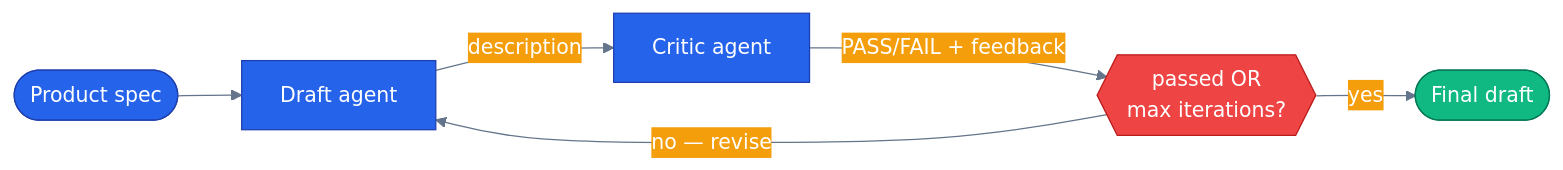
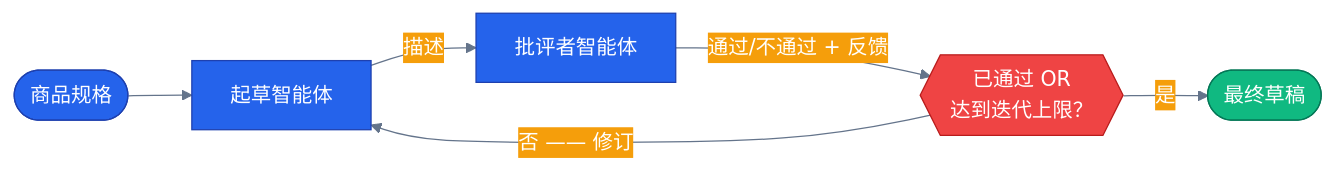
The diagram in tutorials/28-reflection-and-critique/README.md (s1encisi/reliable-commerce-agents), drawn with Mermaid before and after one commit. The commit also changed other lines of this file and 1033 other files, not shown here.

````diff
--- a/tutorials/28-reflection-and-critique/README.md
+++ b/tutorials/28-reflection-and-critique/README.md
@@ -59,28 +27,28 @@
 ```mermaid
 %%{init: {'theme':'base', 'themeVariables': {
   'primaryColor': '#2563eb','primaryTextColor': '#ffffff','primaryBorderColor': '#1e40af',
   'lineColor': '#64748b','secondaryColor': '#f59e0b','tertiaryColor': '#10b981',
   'background': 'transparent'}}}%%
 flowchart LR
   classDef core     fill:#2563eb,stroke:#1e40af,color:#ffffff
   classDef external fill:#f59e0b,stroke:#b45309,color:#000000
   classDef success  fill:#10b981,stroke:#047857,color:#ffffff
   classDef error    fill:#ef4444,stroke:#b91c1c,color:#ffffff
 
-  product([Product spec])
-  draft[Draft agent]
-  critic[Critic agent]
-  pass_check{{"passed OR\nmax iterations?"}}
-  final([Final draft])
+  product([商品规格])
+  draft[起草智能体]
+  critic[批评者智能体]
+  pass_check{{"已通过 OR\n达到迭代上限？"}}
+  final([最终草稿])
 
   product --> draft
-  draft -- "description" --> critic
-  critic -- "PASS/FAIL + feedback" --> pass_check
-  pass_check -- "no — revise" --> draft
-  pass_check -- "yes" --> final
+  draft -- "描述" --> critic
+  critic -- "通过/不通过 + 反馈" --> pass_check
+  pass_check -- "否 —— 修订" --> draft
+  pass_check -- "是" --> final
 
   class draft core
   class critic core
   class pass_check error
   class final success
 ```
````
